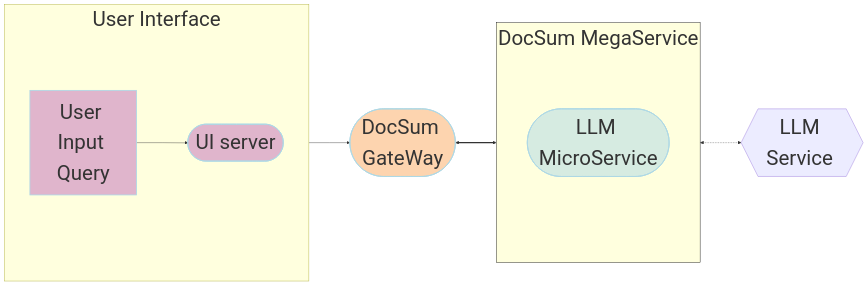
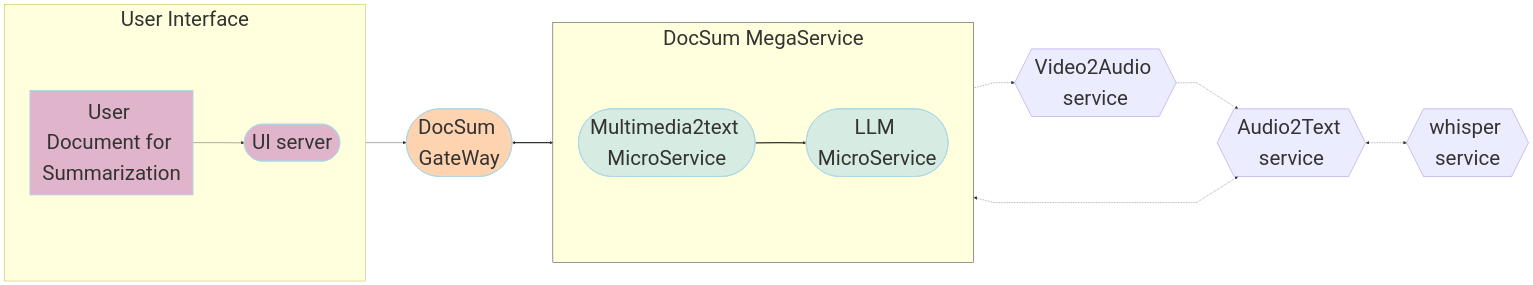
One commit to opea-project/GenAIExamples changed the diagram in DocSum/README.md. Above: the diagram before and after it, drawn with Mermaid. The commit also changed other lines of this file and 21 other files, not shown here.

````diff
--- a/DocSum/README.md
+++ b/DocSum/README.md
@@ -105,46 +93,53 @@
 ```mermaid
 ---
 config:
   flowchart:
     nodeSpacing: 400
     rankSpacing: 100
     curve: linear
   themeVariables:
     fontSize: 50px
 ---
 flowchart LR
     %% Colors %%
     classDef blue fill:#ADD8E6,stroke:#ADD8E6,stroke-width:2px,fill-opacity:0.5
     classDef orange fill:#FBAA60,stroke:#ADD8E6,stroke-width:2px,fill-opacity:0.5
     classDef orchid fill:#C26DBC,stroke:#ADD8E6,stroke-width:2px,fill-opacity:0.5
     classDef invisible fill:transparent,stroke:transparent;
     style DocSum-MegaService stroke:#000000
 
+
+
     %% Subgraphs %%
     subgraph DocSum-MegaService["DocSum MegaService "]
         direction LR
+        M2T([Multimedia2text MicroService]):::blue
         LLM([LLM MicroService]):::blue
     end
     subgraph UserInterface[" User Interface "]
         direction LR
         a([User Input Query]):::orchid
         UI([UI server<br>]):::orchid
     end
 
 
-    LLM_gen{{LLM Service <br>}}
+    A2T_SRV{{Audio2Text service<br>}}
+    V2A_SRV{{Video2Audio service<br>}}
+    WSP_SRV{{whisper service<br>}}
     GW([DocSum GateWay<br>]):::orange
 
 
     %% Questions interaction
     direction LR
-    a[User Input Query] --> UI
+    a[User Document for Summarization] --> UI
     UI --> GW
     GW <==> DocSum-MegaService
-
+    M2T ==> LLM
 
     %% Embedding service flow
     direction LR
-    LLM <-.-> LLM_gen
+    M2T .-> V2A_SRV
+    M2T <-.-> A2T_SRV <-.-> WSP_SRV
+    V2A_SRV .-> A2T_SRV
 
 ```
````
